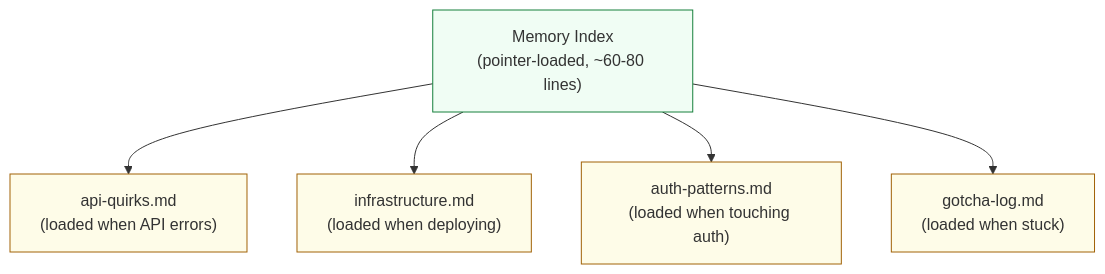
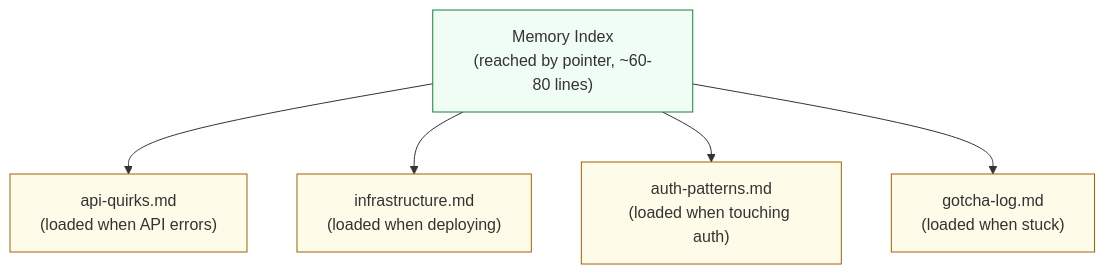
One commit to ducroq/agent-ready-projects changed the third of 4 diagrams in docs/guide/02-the-layers.md. Above: the diagram before and after it, drawn with Mermaid. The commit also changed other lines of this file and 14 other files, not shown here.

````diff
--- a/docs/guide/02-the-layers.md
+++ b/docs/guide/02-the-layers.md
@@ -62,14 +62,14 @@
 ```mermaid
 graph TD
-    MI["Memory Index<br/>(pointer-loaded, ~60-80 lines)"]
+    MI["Memory Index<br/>(reached by pointer, ~60-80 lines)"]
     MI --> TF1["api-quirks.md<br/>(loaded when API errors)"]
     MI --> TF2["infrastructure.md<br/>(loaded when deploying)"]
     MI --> TF3["auth-patterns.md<br/>(loaded when touching auth)"]
     MI --> GL["gotcha-log.md<br/>(loaded when stuck)"]
 
     style MI fill:#f0fdf4,stroke:#16803c
     style TF1 fill:#fefce8,stroke:#a16207
     style TF2 fill:#fefce8,stroke:#a16207
     style TF3 fill:#fefce8,stroke:#a16207
     style GL fill:#fefce8,stroke:#a16207
 ```
````
